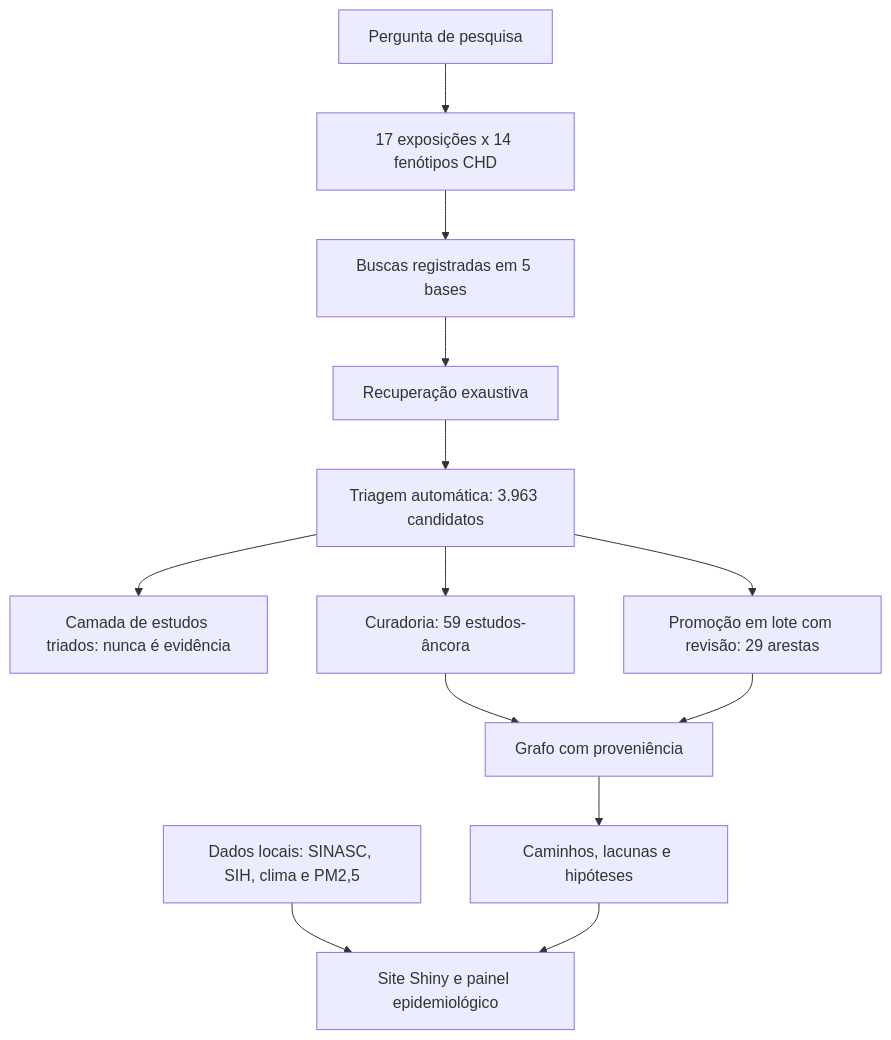
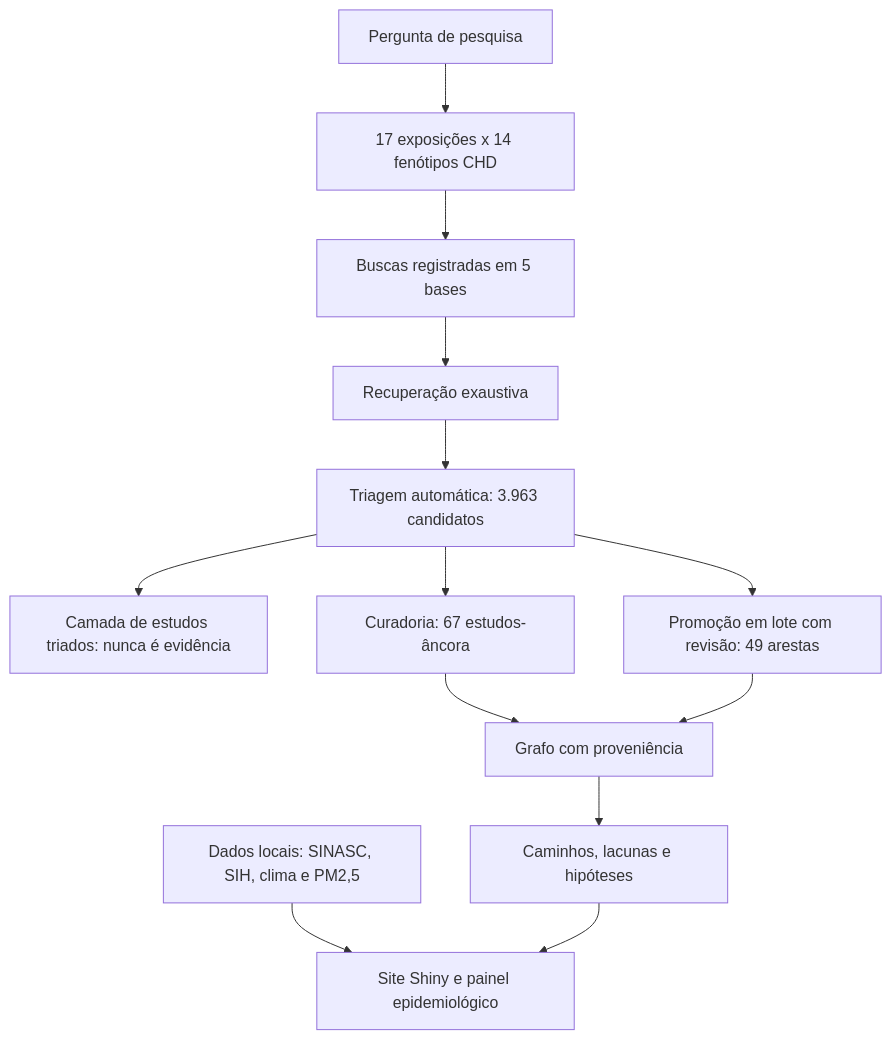
The first of 2 diagrams in README.md (santosry/GraphAmbiCardio), drawn with Mermaid before and after one commit. The commit also changed other lines of this file and 66 other files, not shown here.

First line of the commit message:
Refresh graph, app bundle and reports after full-text reading

````diff
--- a/README.md
+++ b/README.md
@@ -42,15 +42,15 @@
 ```mermaid
 flowchart TD
     A[Pergunta de pesquisa] --> B[17 exposições x 14 fenótipos CHD]
     B --> C[Buscas registradas em 5 bases]
     C --> D[Recuperação exaustiva]
     D --> E[Triagem automática: 3.963 candidatos]
     E --> F[Camada de estudos triados: nunca é evidência]
-    E --> G[Curadoria: 59 estudos-âncora]
-    E --> H[Promoção em lote com revisão: 29 arestas]
+    E --> G[Curadoria: 67 estudos-âncora]
+    E --> H[Promoção em lote com revisão: 49 arestas]
     G --> I[Grafo com proveniência]
     H --> I
     I --> J[Caminhos, lacunas e hipóteses]
     L[Dados locais: SINASC, SIH, clima e PM2,5] --> K[Site Shiny e painel epidemiológico]
     J --> K
 ```
````
